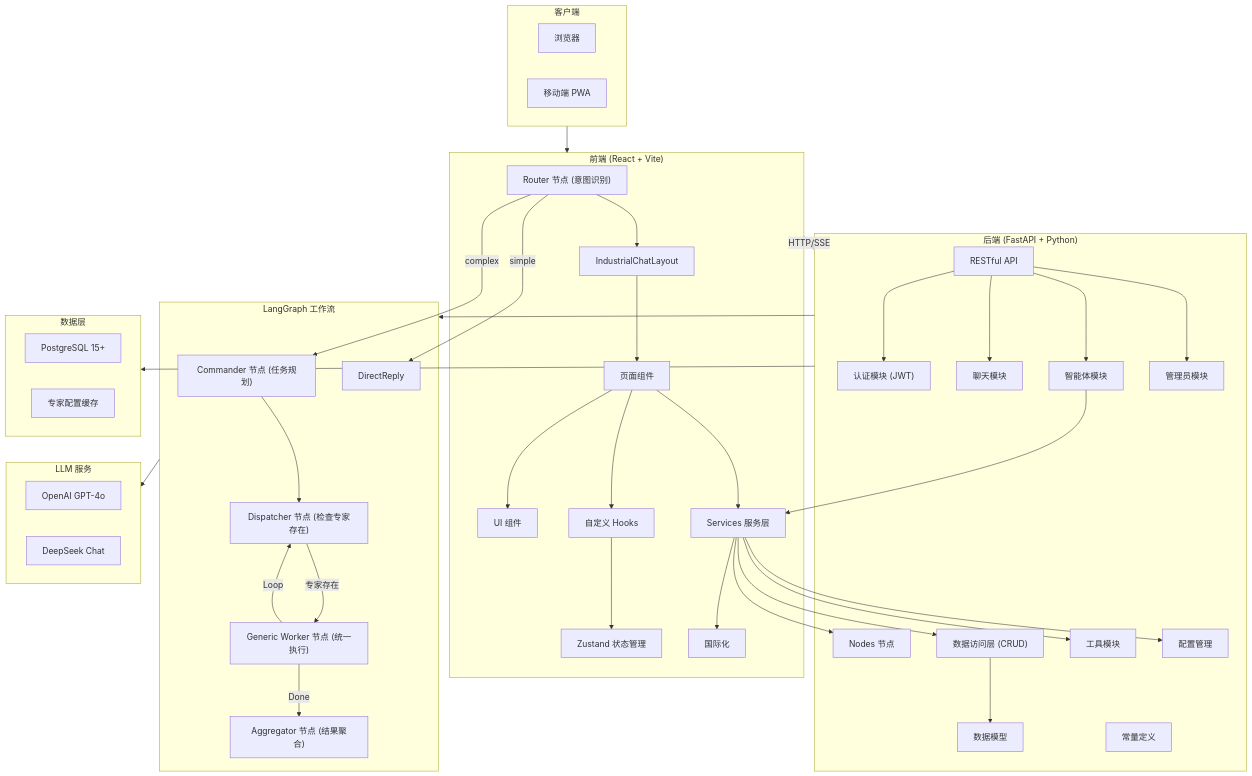
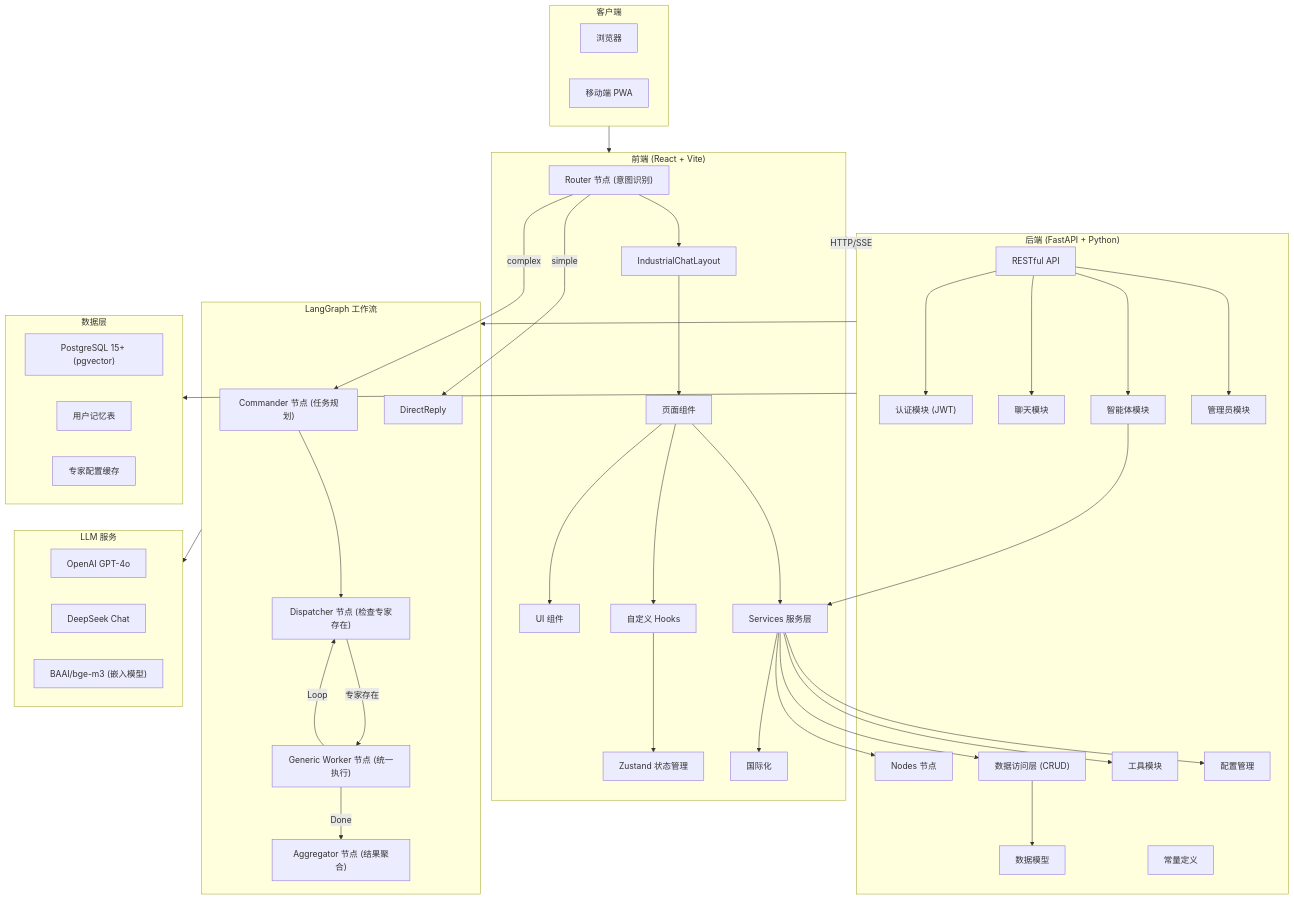
One commit to alex1987chn/xpouch-ai changed the diagram in README.md. Above: the diagram before and after it, drawn with Mermaid. The commit also changed other lines of this file and 1 other file, not shown here.

```diff
--- a/README.md
+++ b/README.md
@@ -296,13 +347,15 @@
     end
 
     subgraph Database["数据层"]
-        PostgreSQL["PostgreSQL 15+"]
+        PostgreSQL["PostgreSQL 15+ (pgvector)"]
+        UserMemory["用户记忆表"]
         Cache["专家配置缓存"]
     end
 
     subgraph LLM["LLM 服务"]
         OpenAI["OpenAI GPT-4o"]
         DeepSeek["DeepSeek Chat"]
+        Embedding["BAAI/bge-m3 (嵌入模型)"]
     end
 
     Client --> Frontend
```
